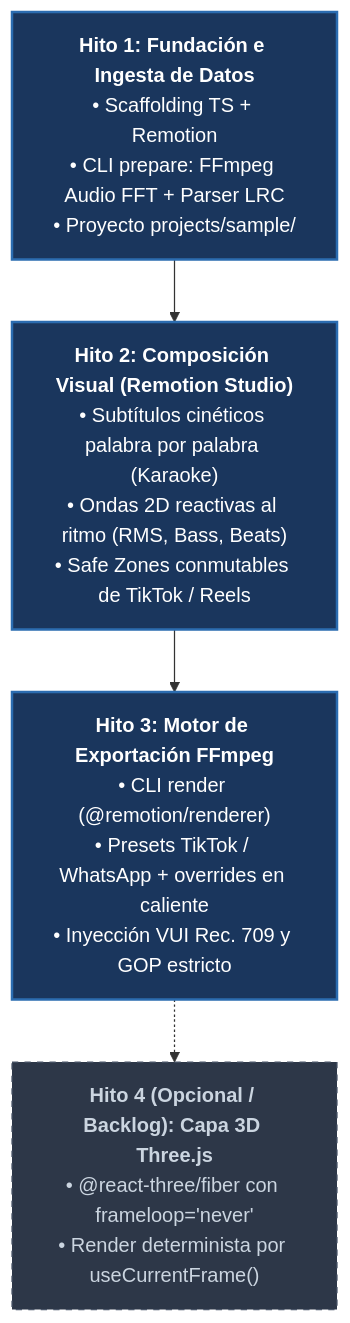
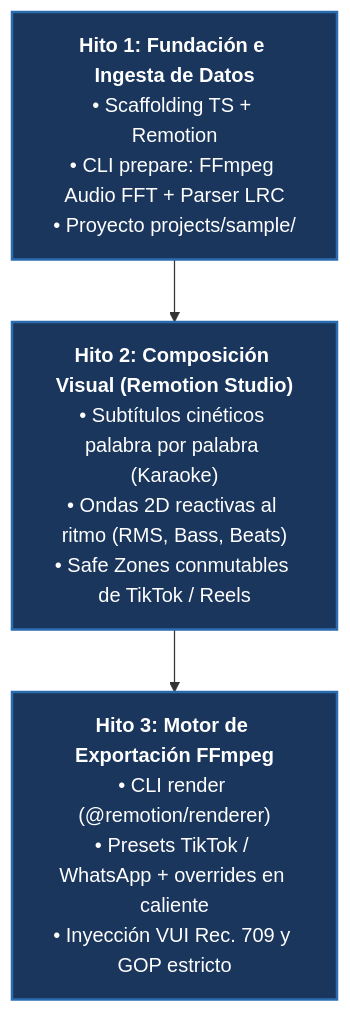
The diagram in docs/planning/ROADMAP.md (dylanvillacorta/webmov), drawn with Mermaid before and after one commit. The commit also changed other lines of this file, not shown here.

Commit message:
docs(roadmap): retirar referencias al hito 4 y caracteristicas futuras

````diff
--- a/docs/planning/ROADMAP.md
+++ b/docs/planning/ROADMAP.md
@@ -11,12 +11,10 @@
 ```mermaid
 flowchart TD
     H1["<b>Hito 1: Fundación e Ingesta de Datos</b><br/>• Scaffolding TS + Remotion<br/>• CLI prepare: FFmpeg Audio FFT + Parser LRC<br/>• Proyecto projects/sample/"] --> H2
     H2["<b>Hito 2: Composición Visual (Remotion Studio)</b><br/>• Subtítulos cinéticos palabra por palabra (Karaoke)<br/>• Ondas 2D reactivas al ritmo (RMS, Bass, Beats)<br/>• Safe Zones conmutables de TikTok / Reels"] --> H3
-    H3["<b>Hito 3: Motor de Exportación FFmpeg</b><br/>• CLI render (@remotion/renderer)<br/>• Presets TikTok / WhatsApp + overrides en caliente<br/>• Inyección VUI Rec. 709 y GOP estricto"] -.-> H4
-    H4["<b>Hito 4 (Opcional / Backlog): Capa 3D Three.js</b><br/>• @react-three/fiber con frameloop='never'<br/>• Render determinista por useCurrentFrame()"]
+    H3["<b>Hito 3: Motor de Exportación FFmpeg</b><br/>• CLI render (@remotion/renderer)<br/>• Presets TikTok / WhatsApp + overrides en caliente<br/>• Inyección VUI Rec. 709 y GOP estricto"]
     
     style H1 fill:#1a365d,stroke:#2b6cb0,stroke-width:2px,color:#fff
     style H2 fill:#1a365d,stroke:#2b6cb0,stroke-width:2px,color:#fff
     style H3 fill:#1a365d,stroke:#2b6cb0,stroke-width:2px,color:#fff
-    style H4 fill:#2d3748,stroke:#4a5568,stroke-width:1px,stroke-dasharray: 5 5,color:#cbd5e0
 ```
````
